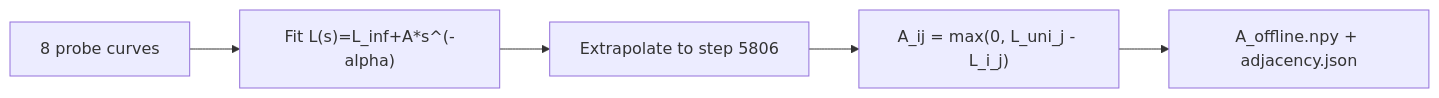
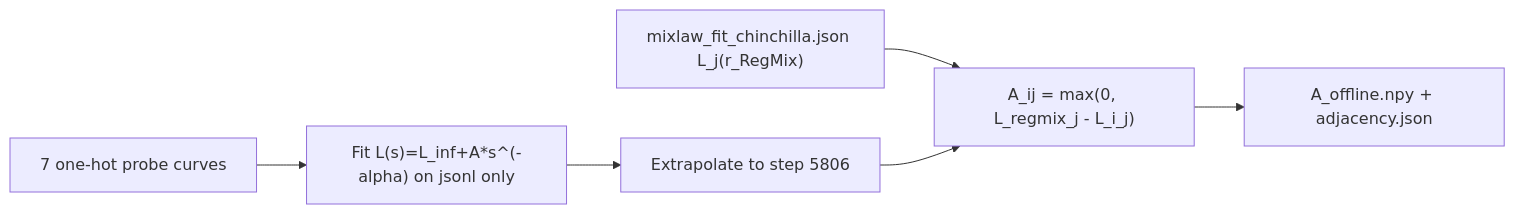
The diagram in experiments/skill-dag/skillit/README.md (nzhao721/edullm), drawn with Mermaid before and after one commit. The commit also changed other lines of this file and 205 other files, not shown here.

````diff
--- a/experiments/skill-dag/skillit/README.md
+++ b/experiments/skill-dag/skillit/README.md
@@ -160,7 +162,8 @@
 ```mermaid
 flowchart LR
-  probes[8 probe curves] --> stepLaw["Fit L(s)=L_inf+A*s^(-alpha)"]
+  probes[7 one-hot probe curves] --> stepLaw["Fit L(s)=L_inf+A*s^(-alpha) on jsonl only"]
   stepLaw --> chin["Extrapolate to step 5806"]
-  chin --> delta["A_ij = max(0, L_uni_j - L_i_j)"]
+  fit["mixlaw_fit_chinchilla.json L_j(r_RegMix)"] --> delta["A_ij = max(0, L_regmix_j - L_i_j)"]
+  chin --> delta
   delta --> Aout["A_offline.npy + adjacency.json"]
 ```
````
